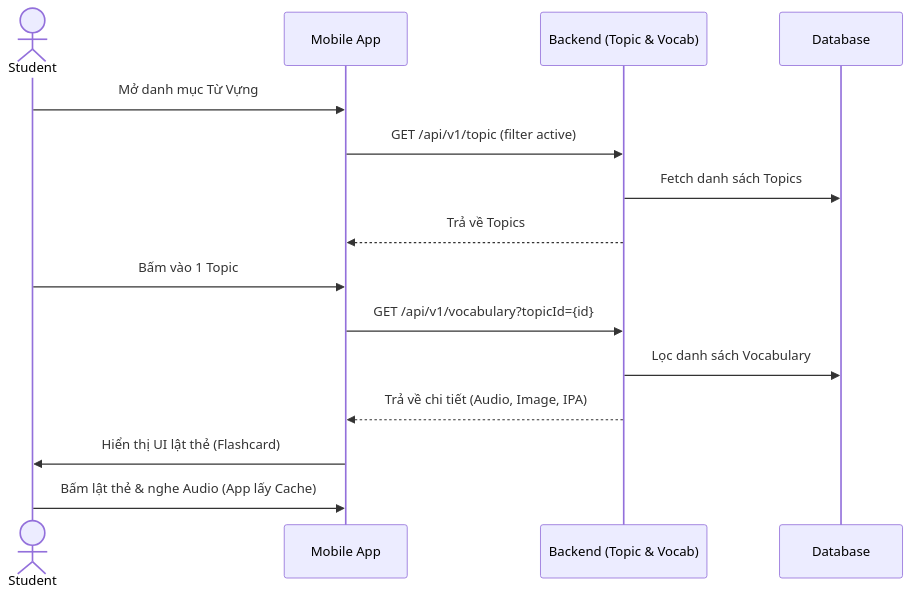
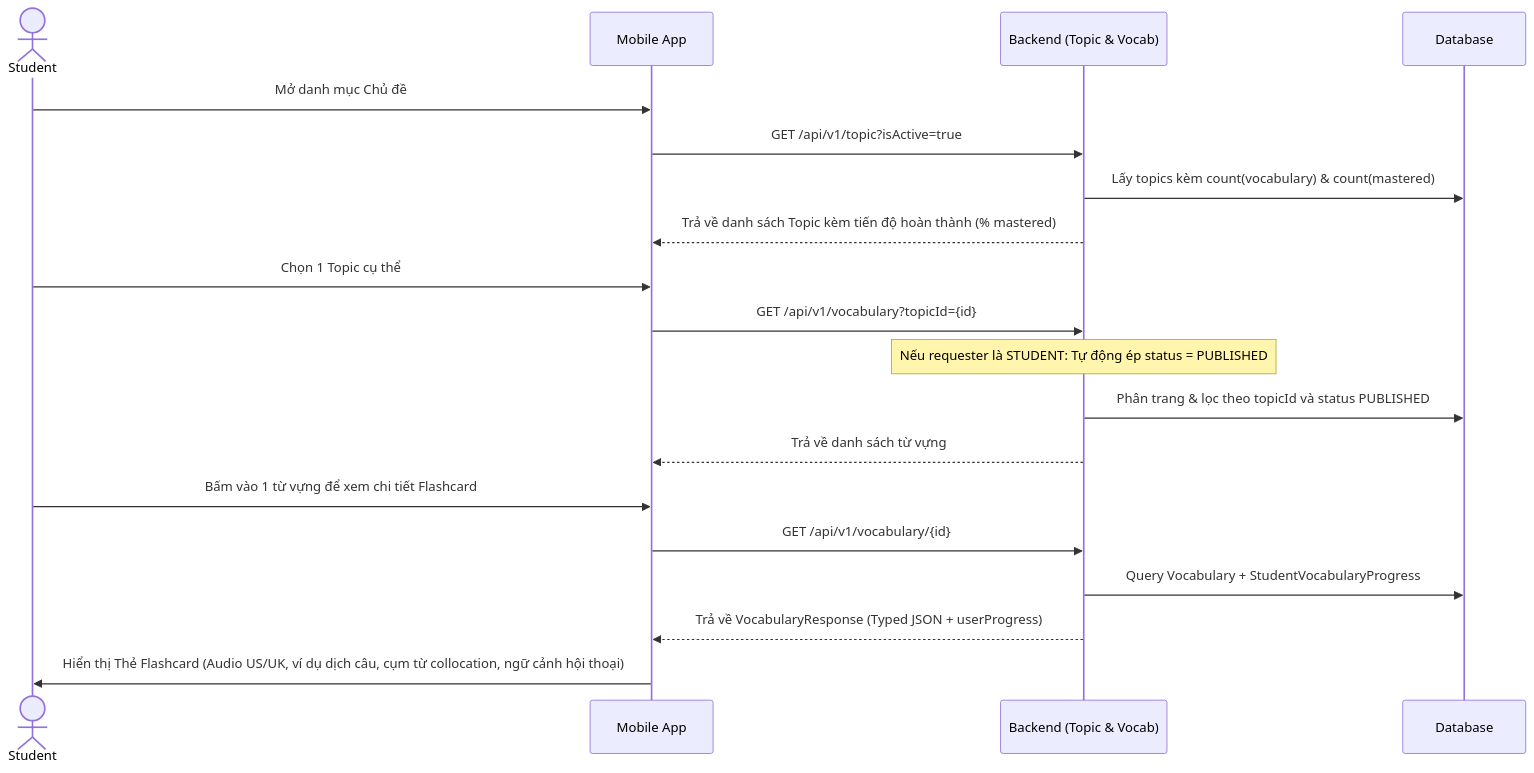
The second of 5 diagrams in docs/module_2/flow.md (Son-COC-145/english-ed-backend), drawn with Mermaid before and after one commit. The commit also changed other lines of this file and 2 other files, not shown here.

````diff
--- a/docs/module_2/flow.md
+++ b/docs/module_2/flow.md
@@ -65,20 +82,24 @@
 ```mermaid
 sequenceDiagram
     actor Student
     participant App as Mobile App
     participant BE as Backend (Topic & Vocab)
     participant DB as Database
 
-    Student->>App: Mở danh mục Từ Vựng
-    App->>BE: GET /api/v1/topic (filter active)
-    BE->>DB: Fetch danh sách Topics
-    BE-->>App: Trả về Topics
+    Student->>App: Mở danh mục Chủ đề
+    App->>BE: GET /api/v1/topic?isActive=true
+    BE->>DB: Lấy topics kèm count(vocabulary) & count(mastered)
+    BE-->>App: Trả về danh sách Topic kèm tiến độ hoàn thành (% mastered)
     
-    Student->>App: Bấm vào 1 Topic
+    Student->>App: Chọn 1 Topic cụ thể
     App->>BE: GET /api/v1/vocabulary?topicId={id}
-    BE->>DB: Lọc danh sách Vocabulary
-    BE-->>App: Trả về chi tiết (Audio, Image, IPA)
+    Note over BE: Nếu requester là STUDENT: Tự động ép status = PUBLISHED
+    BE->>DB: Phân trang & lọc theo topicId và status PUBLISHED
+    BE-->>App: Trả về danh sách từ vựng
     
-    App->>Student: Hiển thị UI lật thẻ (Flashcard)
-    Student->>App: Bấm lật thẻ & nghe Audio (App lấy Cache)
+    Student->>App: Bấm vào 1 từ vựng để xem chi tiết Flashcard
+    App->>BE: GET /api/v1/vocabulary/{id}
+    BE->>DB: Query Vocabulary + StudentVocabularyProgress
+    BE-->>App: Trả về VocabularyResponse (Typed JSON + userProgress)
+    App->>Student: Hiển thị Thẻ Flashcard (Audio US/UK, ví dụ dịch câu, cụm từ collocation, ngữ cảnh hội thoại)
 ```
````
